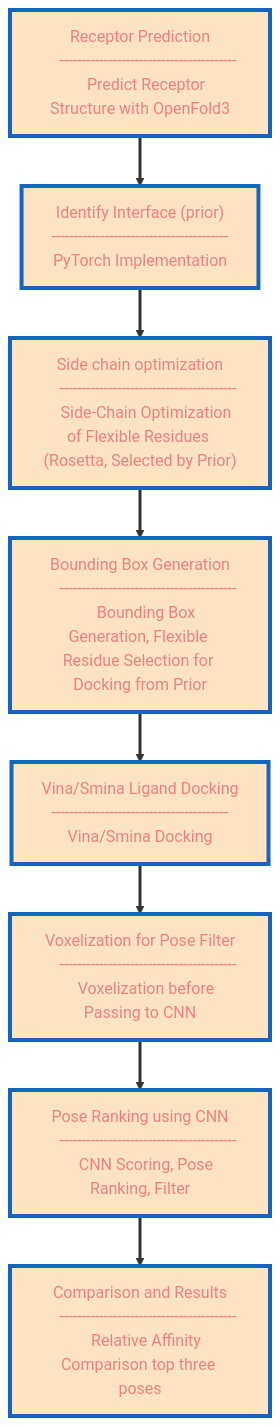
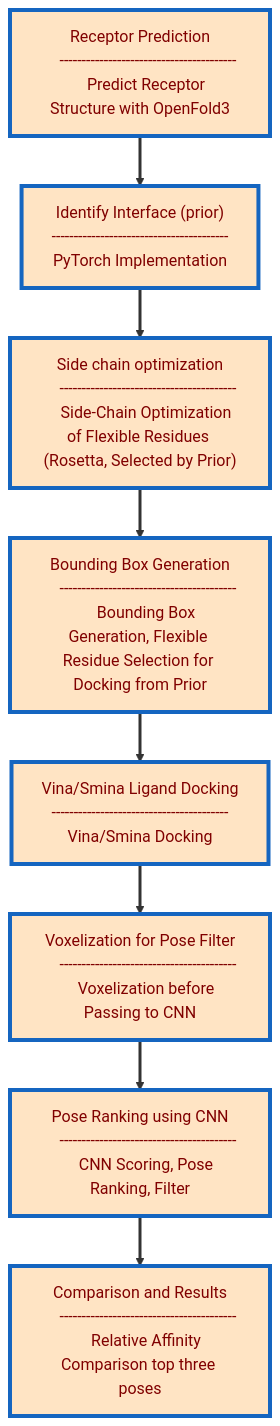
Before and after one commit to nicolemariepaterson/dokken: the diagram in README.md, drawn with Mermaid.

````diff
--- a/README.md
+++ b/README.md
@@ -17,61 +17,61 @@
 ```mermaid
 flowchart TB
 
     %% Large vertical layout
 
     A[" 
     Receptor Prediction
     ----------------------------------------
     Predict Receptor Structure with OpenFold3
     "]
 
     B[" 
     Identify Interface (prior)
     ----------------------------------------
     PyTorch Implementation 
     "]
 
     C[" 
     Side chain optimization
     ----------------------------------------
     Side-Chain Optimization of Flexible Residues (Rosetta, Selected by Prior)
     "]
 
     D[" 
     Bounding Box Generation
     ----------------------------------------
     Bounding Box Generation, Flexible Residue Selection for Docking from Prior
     "]
 
     E[" 
     Vina/Smina Ligand Docking
     ----------------------------------------
     Vina/Smina Docking
     "]
 
     F[" 
     Voxelization for Pose Filter
     ----------------------------------------
     Voxelization before Passing to CNN
     "]
 
     G[" 
     Pose Ranking using CNN
     ----------------------------------------
     CNN Scoring, Pose Ranking, Filter
     "]
 
     H[" 
     Comparison and Results
     ----------------------------------------
     Relative Affinity Comparison top three poses
     "]
 
     A --> B --> C --> D --> E --> F --> G --> H
 
     %% Styling
-    classDef big fill:#FFE4C4,stroke:#1565C0,stroke-width:4px,color:#F08080;
+    classDef big fill:#FFE4C4,stroke:#1565C0,stroke-width:4px,color:#800000;
     class A,B,C,D,E,F,G,H big;
 
     linkStyle default stroke-width:3px
 ```
````
